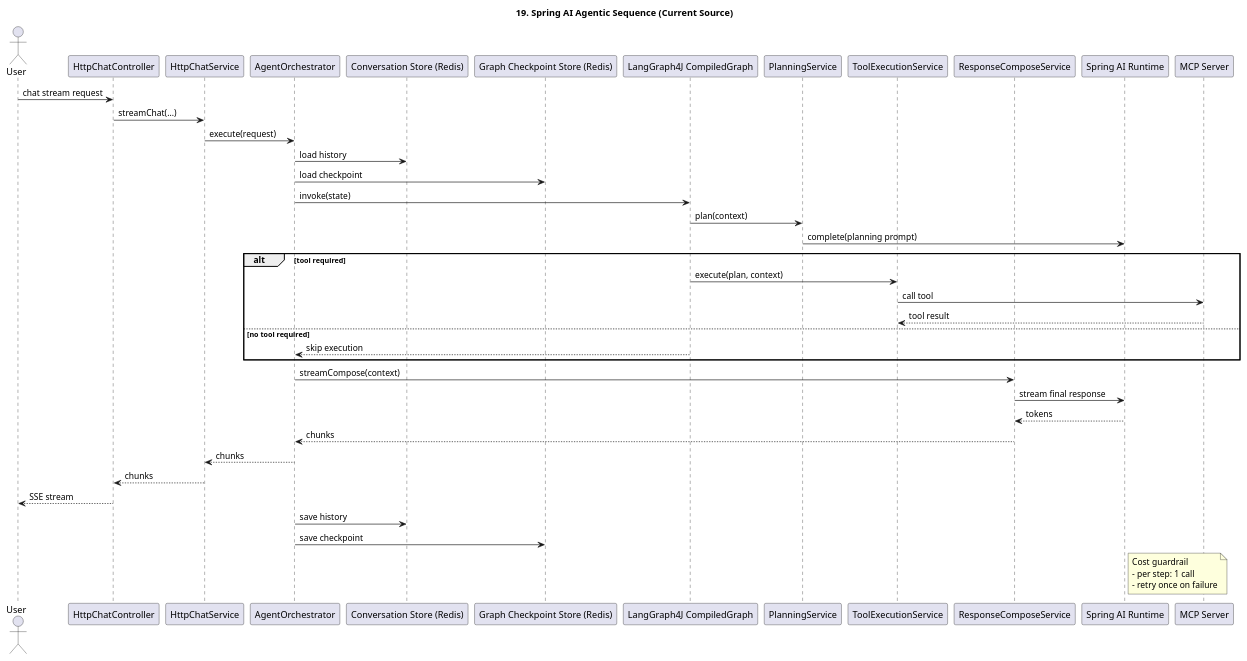
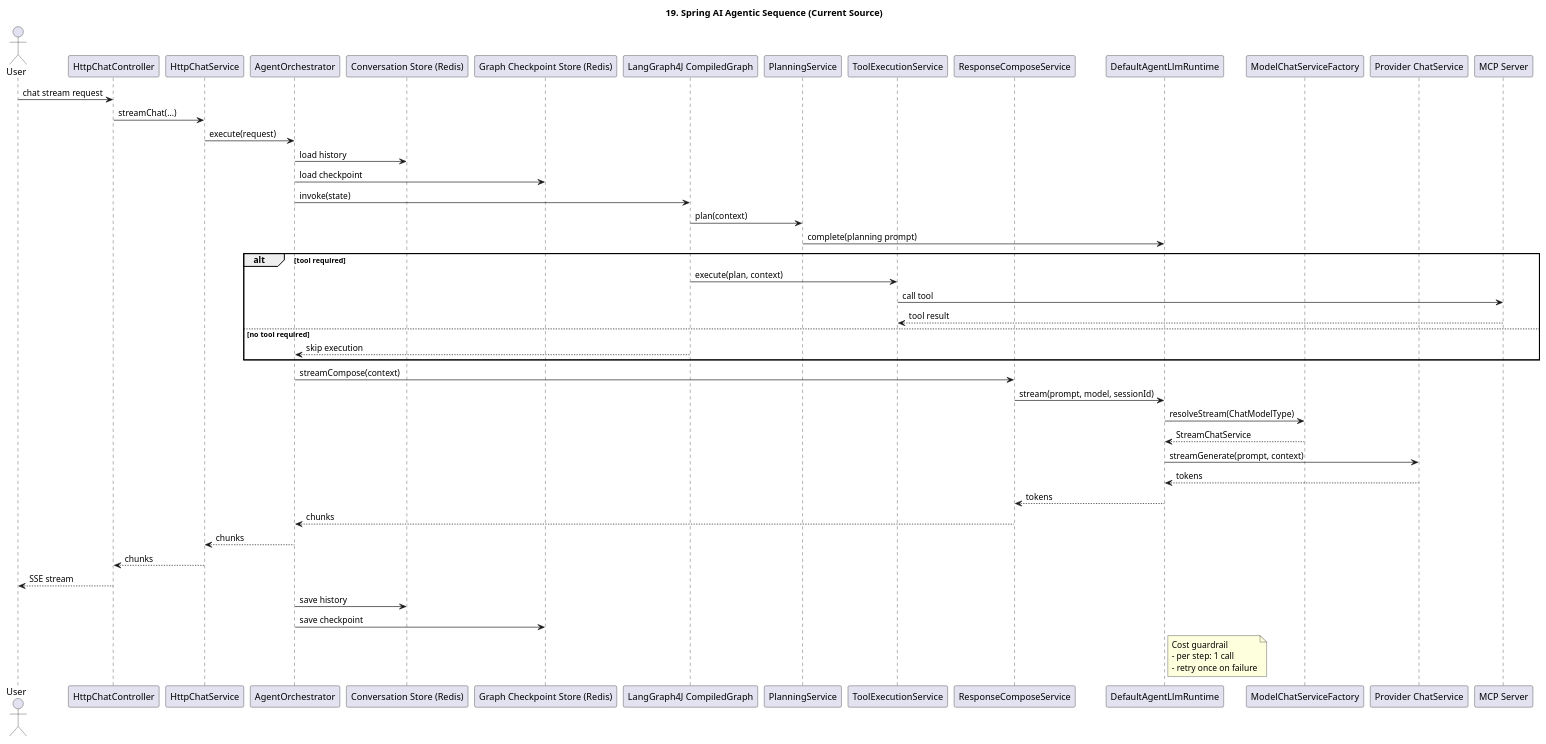
One commit to kim57uak/spring-ai changed the diagram in documents/mcp-orchestrator-architecture/19-spring-ai-usecase-sequence.puml. Above: the diagram before and after it, drawn with PlantUML. The commit also changed 16 other files, not shown here.

Commit message:
docs: sync architecture docs with current source

```diff
--- a/documents/mcp-orchestrator-architecture/19-spring-ai-usecase-sequence.puml
+++ b/documents/mcp-orchestrator-architecture/19-spring-ai-usecase-sequence.puml
@@ -1,55 +1,61 @@
 @startuml
 !pragma layout smetana
 title 19. Spring AI Agentic Sequence (Current Source)
 
 skinparam shadowing false
 
 actor User
 participant "HttpChatController" as Controller
 participant "HttpChatService" as ChatService
 participant "AgentOrchestrator" as Orchestrator
 participant "Conversation Store (Redis)" as HistoryRedis
 participant "Graph Checkpoint Store (Redis)" as CheckpointRedis
 participant "LangGraph4J CompiledGraph" as StateGraph
 participant "PlanningService" as Planner
 participant "ToolExecutionService" as Executor
 participant "ResponseComposeService" as Composer
-participant "Spring AI Runtime" as Runtime
+participant "DefaultAgentLlmRuntime" as Runtime
+participant "ModelChatServiceFactory" as ChatFactory
+participant "Provider ChatService" as ProviderChatService
 participant "MCP Server" as McpServer
 
 User -> Controller : chat stream request
 Controller -> ChatService : streamChat(...)
 ChatService -> Orchestrator : execute(request)
 
 Orchestrator -> HistoryRedis : load history
 Orchestrator -> CheckpointRedis : load checkpoint
 Orchestrator -> StateGraph : invoke(state)
 StateGraph -> Planner : plan(context)
 Planner -> Runtime : complete(planning prompt)
 
 alt tool required
   StateGraph -> Executor : execute(plan, context)
   Executor -> McpServer : call tool
   McpServer --> Executor : tool result
 else no tool required
   StateGraph --> Orchestrator : skip execution
 end
 
 Orchestrator -> Composer : streamCompose(context)
-Composer -> Runtime : stream final response
+Composer -> Runtime : stream(prompt, model, sessionId)
+Runtime -> ChatFactory : resolveStream(ChatModelType)
+ChatFactory --> Runtime : StreamChatService
+Runtime -> ProviderChatService : streamGenerate(prompt, context)
+ProviderChatService --> Runtime : tokens
 Runtime --> Composer : tokens
 Composer --> Orchestrator : chunks
 Orchestrator --> ChatService : chunks
 ChatService --> Controller : chunks
 Controller --> User : SSE stream
 
 Orchestrator -> HistoryRedis : save history
 Orchestrator -> CheckpointRedis : save checkpoint
 
 note right of Runtime
 Cost guardrail
 - per step: 1 call
 - retry once on failure
 end note
 
 @enduml
```
